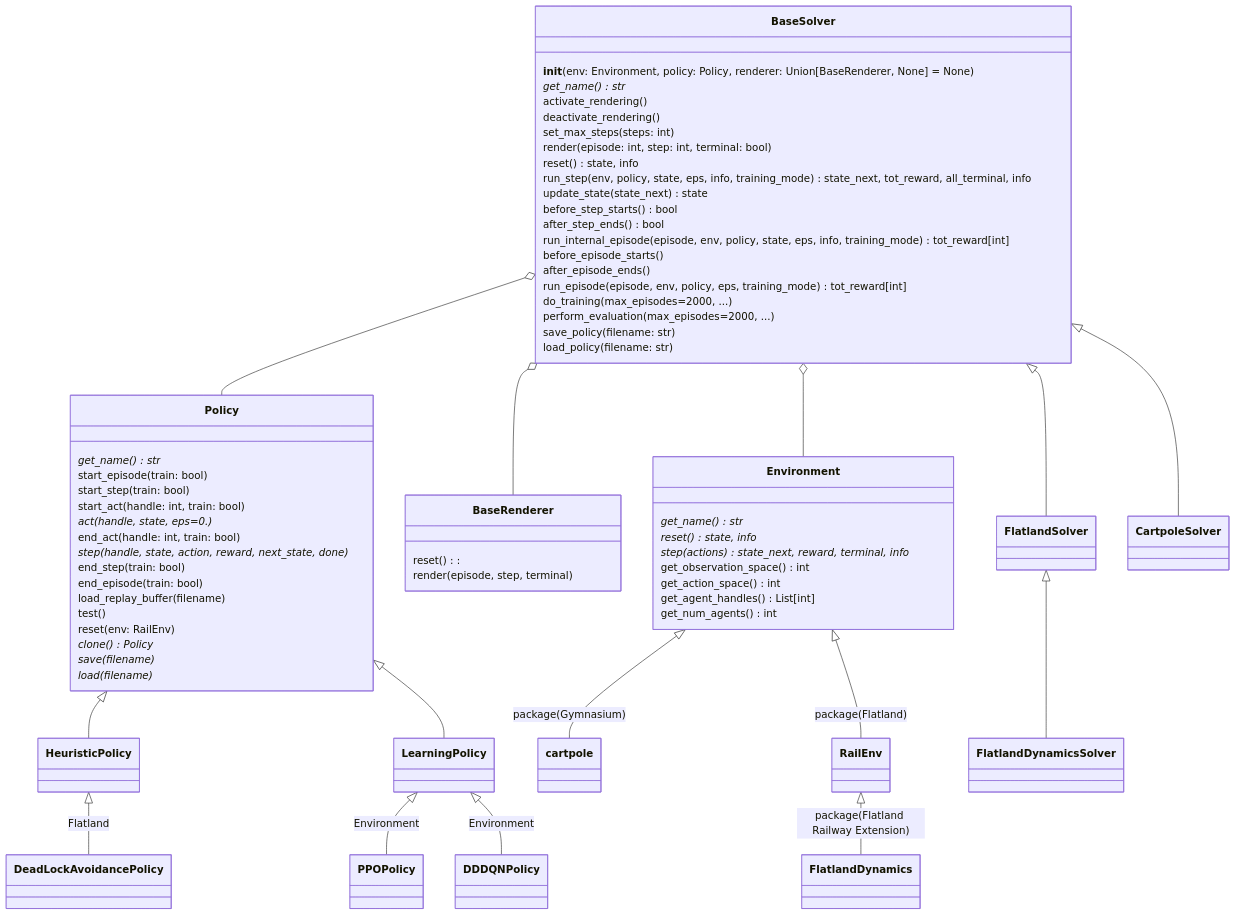
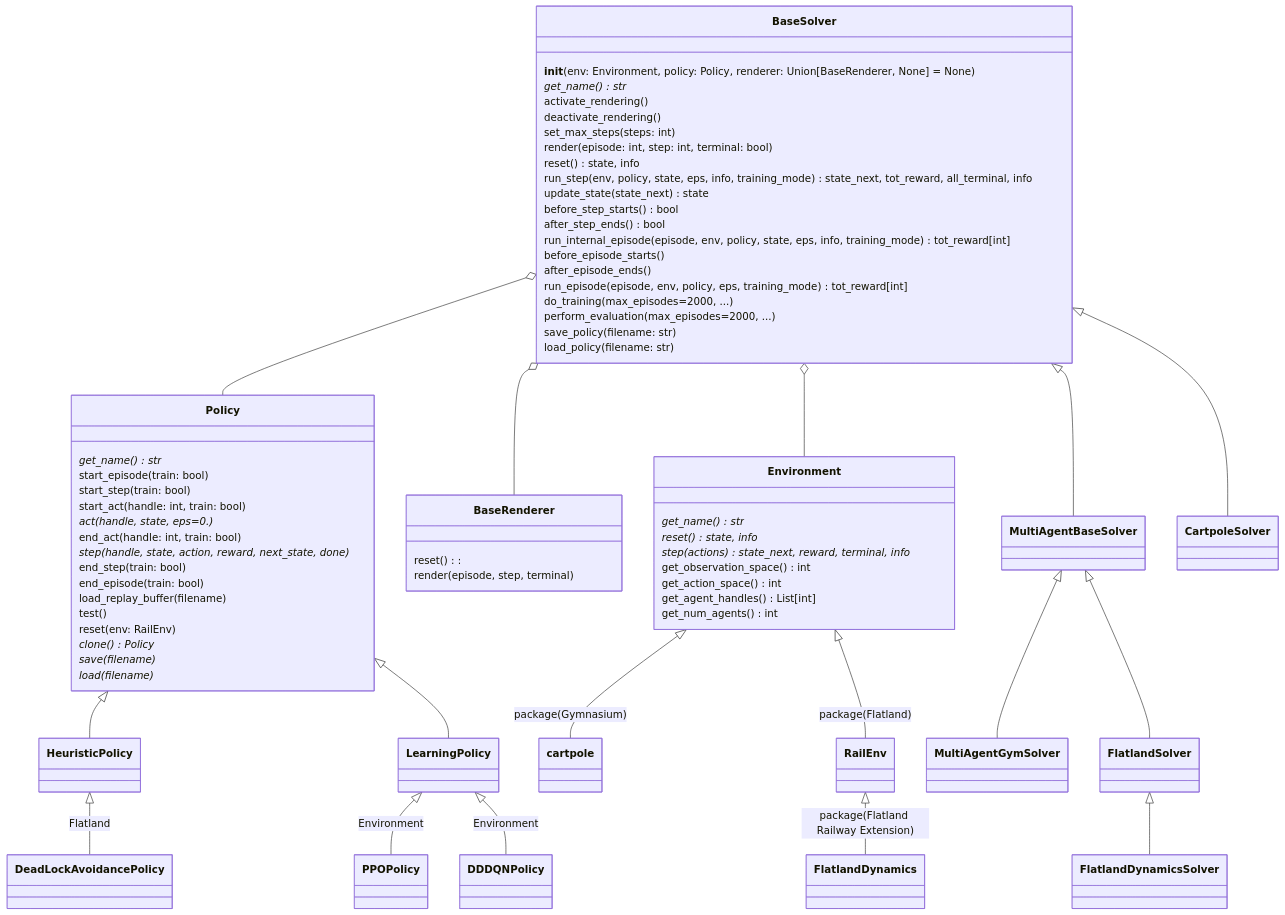
Before and after one commit to aiAdrian/flatland_solver_policy: the second of 3 diagrams in README.md, drawn with Mermaid.

Commit message:
readme "issue" fixed - up2date

````diff
--- a/README.md
+++ b/README.md
@@ -34,79 +34,82 @@
 ```mermaid
 classDiagram
        
     BaseSolver o-- Policy
     BaseSolver o-- BaseRenderer
     BaseSolver o-- Environment
 
     Environment <|-- cartpole : package(Gymnasium)
     Environment <|-- RailEnv : package(Flatland)
     RailEnv <|-- FlatlandDynamics : package(Flatland Railway Extension)
     
-    BaseSolver <|-- FlatlandSolver
+    BaseSolver <|-- MultiAgentBaseSolver
     BaseSolver <|-- CartpoleSolver
+    
+    MultiAgentBaseSolver <|-- MultiAgentGymSolver
+    MultiAgentBaseSolver <|-- FlatlandSolver
     FlatlandSolver <|-- FlatlandDynamicsSolver
     
     Policy  <|-- HeuristicPolicy
 
     HeuristicPolicy  <|-- DeadLockAvoidancePolicy : Flatland
 
     Policy  <|-- LearningPolicy
 
     LearningPolicy <|-- PPOPolicy : Environment
     LearningPolicy <|-- DDDQNPolicy : Environment
 
     class Environment {
         get_name()* str       
         reset()* state, info
         step(actions)* state_next, reward, terminal, info
         get_observation_space() int
         get_action_space() int
         get_agent_handles() List[int] 
         get_num_agents() int 
     }
 
     class Policy {
       get_name()* str
       start_episode(train: bool)
       start_step(train: bool)
       start_act(handle: int, train: bool)
       act(handle, state, eps=0.)*
       end_act(handle: int, train: bool)
       step(handle, state, action, reward, next_state, done)*
       end_step(train: bool)
       end_episode(train: bool)
       load_replay_buffer(filename)
       test()
       reset(env: RailEnv)
       clone()* Policy
       save(filename)*
       load(filename)* 
     }
 
     class BaseRenderer {
         reset():
         render(episode, step, terminal)
     }
 
     class BaseSolver {
         __init__(env: Environment, policy: Policy, renderer: Union[BaseRenderer, None] = None)
         get_name()* str
         activate_rendering()
         deactivate_rendering()
         set_max_steps(steps: int)
         render(episode: int, step: int, terminal: bool)
         reset() state, info
         run_step(env, policy, state, eps, info, training_mode) state_next, tot_reward, all_terminal, info
         update_state(state_next) state
         before_step_starts() bool
         after_step_ends() bool
         run_internal_episode( episode, env, policy, state, eps, info, training_mode) tot_reward[int]
         before_episode_starts()
         after_episode_ends()
         run_episode(episode, env, policy, eps, training_mode) tot_reward[int]
         do_training(max_episodes=2000, ...)
         perform_evaluation(max_episodes=2000, ...)
         save_policy(filename: str)
         load_policy(filename: str)
     }
 ``` 
````
